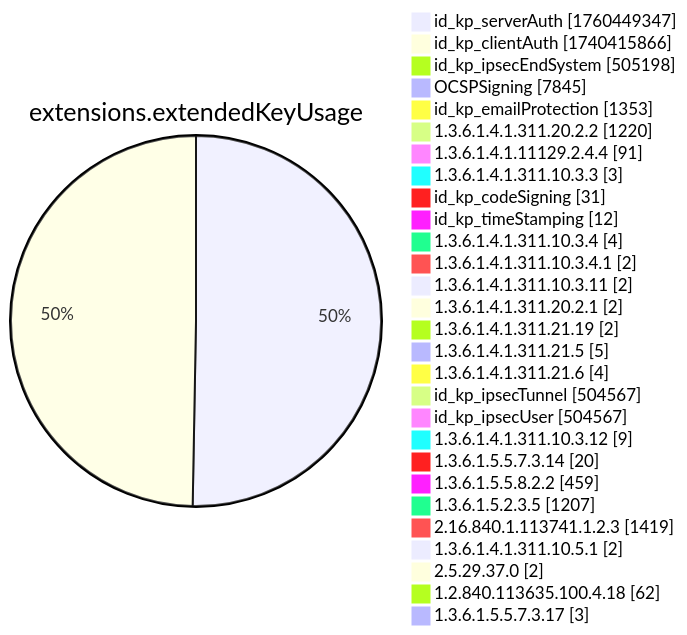
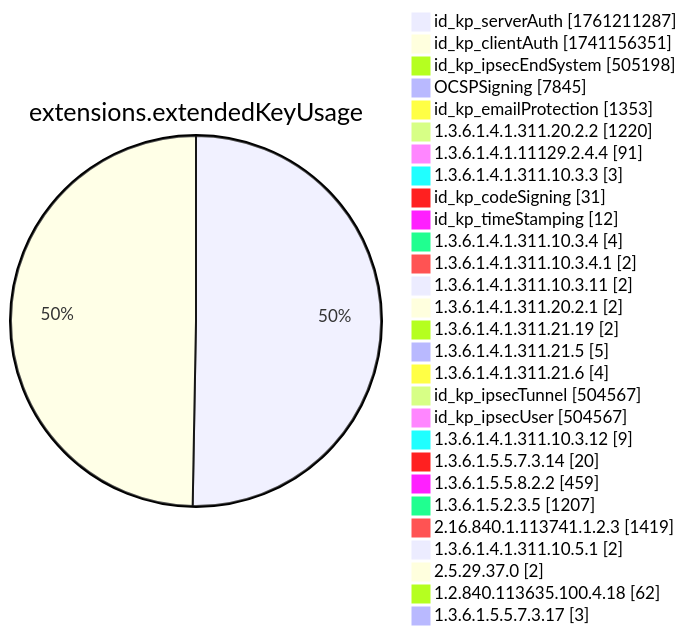
Diagram 12 of 15 in xenon2022/README.md (christiankrug/ctmonitor_visualization), drawn with Mermaid before and after one commit. The commit also changed other lines of this file, not shown here.

````diff
--- a/xenon2022/README.md
+++ b/xenon2022/README.md
@@ -3892,32 +3892,32 @@
 ```mermaid
 pie showData
 title extensions.extendedKeyUsage
-"id_kp_serverAuth" :1760449347
-"id_kp_clientAuth" :1740415866
+"id_kp_serverAuth" :1761211287
+"id_kp_clientAuth" :1741156351
 "id_kp_ipsecEndSystem" :505198
 "OCSPSigning" :7845
 "id_kp_emailProtection" :1353
 "1.3.6.1.4.1.311.20.2.2" :1220
 "1.3.6.1.4.1.11129.2.4.4" :91
 "1.3.6.1.4.1.311.10.3.3" :3
 "id_kp_codeSigning" :31
 "id_kp_timeStamping" :12
 "1.3.6.1.4.1.311.10.3.4" :4
 "1.3.6.1.4.1.311.10.3.4.1" :2
 "1.3.6.1.4.1.311.10.3.11" :2
 "1.3.6.1.4.1.311.20.2.1" :2
 "1.3.6.1.4.1.311.21.19" :2
 "1.3.6.1.4.1.311.21.5" :5
 "1.3.6.1.4.1.311.21.6" :4
 "id_kp_ipsecTunnel" :504567
 "id_kp_ipsecUser" :504567
 "1.3.6.1.4.1.311.10.3.12" :9
 "1.3.6.1.5.5.7.3.14" :20
 "1.3.6.1.5.5.8.2.2" :459
 "1.3.6.1.5.2.3.5" :1207
 "2.16.840.1.113741.1.2.3" :1419
 "1.3.6.1.4.1.311.10.5.1" :2
 "2.5.29.37.0" :2
 "1.2.840.113635.100.4.18" :62
 "1.3.6.1.5.5.7.3.17" :3
 ```
````
